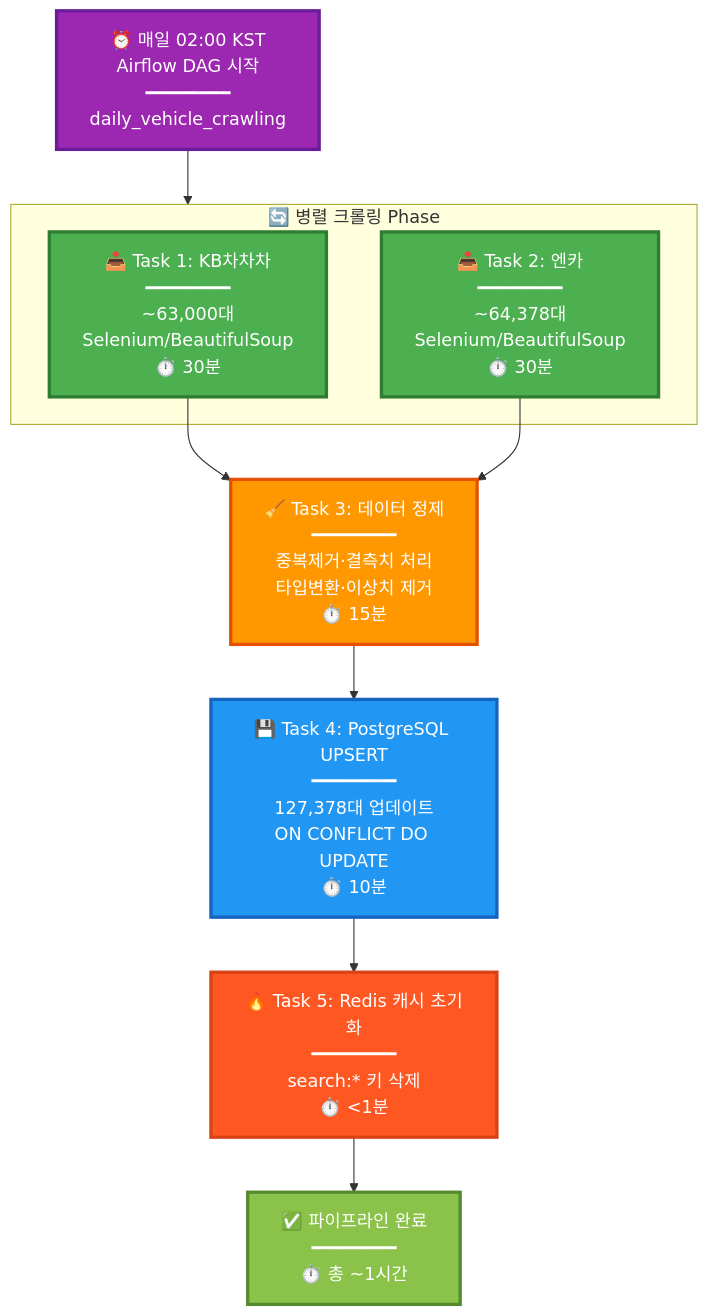
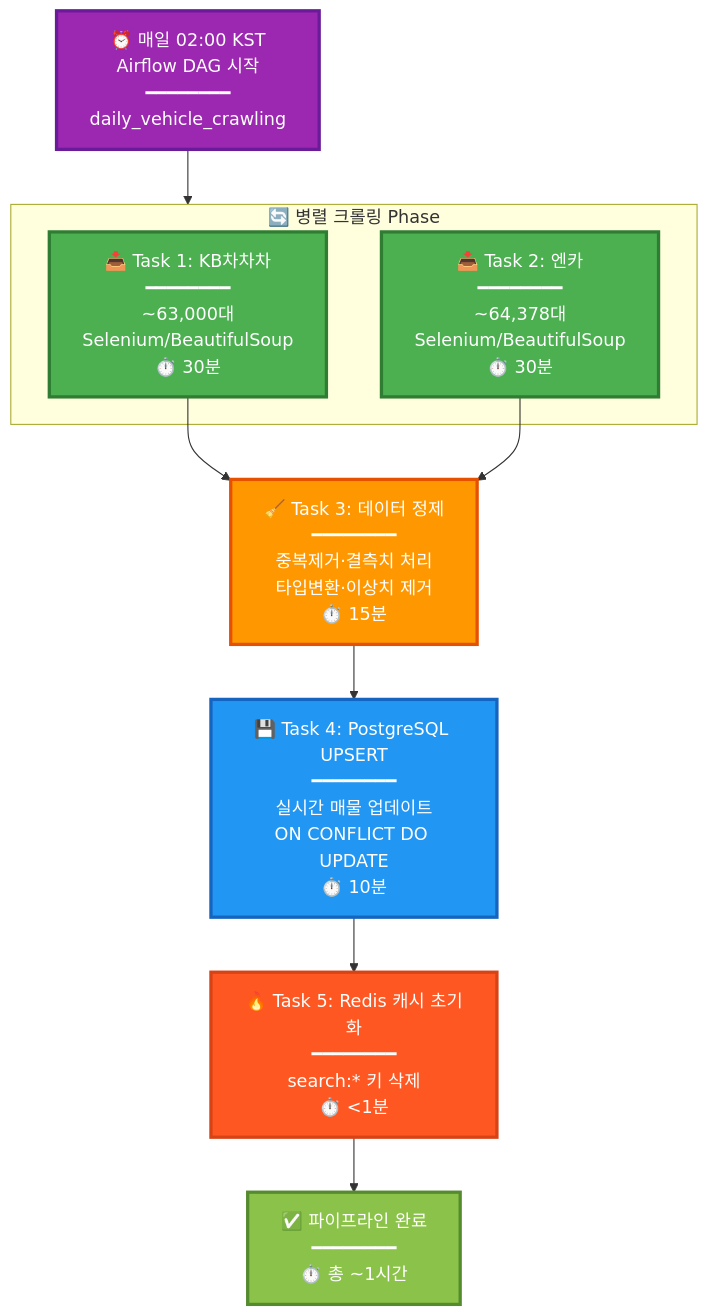
Before and after one commit to SeSAC-DA1/CarFin_AI_Final: the fifth of 5 diagrams in README.md, drawn with Mermaid. The commit also changed other lines of this file and 1 other file, not shown here.

````diff
--- a/README.md
+++ b/README.md
@@ -678,29 +678,29 @@
 ```mermaid
 flowchart TD
     Start["⏰ 매일 02:00 KST<br/>Airflow DAG 시작<br/>━━━━━━━━<br/>daily_vehicle_crawling"]
 
     subgraph Parallel["🔄 병렬 크롤링 Phase"]
         KB["📥 Task 1: KB차차차<br/>━━━━━━━━<br/>~63,000대<br/>Selenium/BeautifulSoup<br/>⏱️ 30분"]
         Encar["📥 Task 2: 엔카<br/>━━━━━━━━<br/>~64,378대<br/>Selenium/BeautifulSoup<br/>⏱️ 30분"]
     end
 
     Clean["🧹 Task 3: 데이터 정제<br/>━━━━━━━━<br/>중복제거·결측치 처리<br/>타입변환·이상치 제거<br/>⏱️ 15분"]
-    Load["💾 Task 4: PostgreSQL UPSERT<br/>━━━━━━━━<br/>127,378대 업데이트<br/>ON CONFLICT DO UPDATE<br/>⏱️ 10분"]
+    Load["💾 Task 4: PostgreSQL UPSERT<br/>━━━━━━━━<br/>실시간 매물 업데이트<br/>ON CONFLICT DO UPDATE<br/>⏱️ 10분"]
     Cache["🔥 Task 5: Redis 캐시 초기화<br/>━━━━━━━━<br/>search:* 키 삭제<br/>⏱️ <1분"]
     End["✅ 파이프라인 완료<br/>━━━━━━━━<br/>⏱️ 총 ~1시간"]
 
     Start --> Parallel
     KB --> Clean
     Encar --> Clean
     Clean --> Load
     Load --> Cache
     Cache --> End
 
     style Start fill:#9C27B0,stroke:#6A1B9A,stroke-width:3px,color:#fff
     style KB fill:#4CAF50,stroke:#2E7D32,stroke-width:3px,color:#fff
     style Encar fill:#4CAF50,stroke:#2E7D32,stroke-width:3px,color:#fff
     style Clean fill:#FF9800,stroke:#E65100,stroke-width:3px,color:#fff
     style Load fill:#2196F3,stroke:#1565C0,stroke-width:3px,color:#fff
     style Cache fill:#FF5722,stroke:#D84315,stroke-width:3px,color:#fff
     style End fill:#8BC34A,stroke:#558B2F,stroke-width:3px,color:#fff
 ```
````
